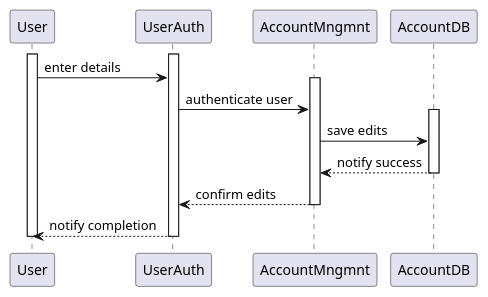
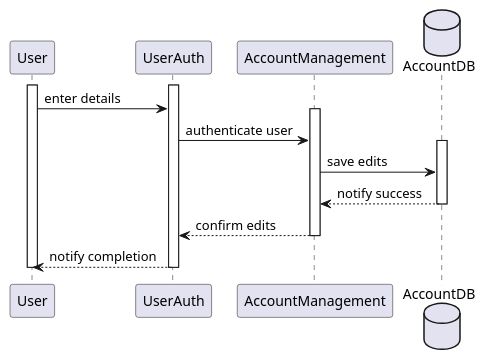
Before and after one commit to harmanpreet-sagar/sfwreng-3a04-group6-t01-scemas: the diagram in docs/diagrams/plantuml/sequence/BE5_3A04_D3_Seq.puml, drawn with PlantUML. The commit also changed 12 other files, not shown here.

Commit message:
made code style changes to sequence diagrams and uploading compiled sequence diagrams

```diff
--- a/docs/diagrams/plantuml/sequence/BE5_3A04_D3_Seq.puml
+++ b/docs/diagrams/plantuml/sequence/BE5_3A04_D3_Seq.puml
@@ -1,16 +1,22 @@
-@startuml
+@startuml BE5_3A04_D3_Seq
+
+participant "User" as User
+participant "UserAuth" as UserAuth
+participant "AccountManagement" as AccountManagement
+database "AccountDB" as AccountDB
+
 activate User
 activate UserAuth
 User   ->  UserAuth : enter details
-activate AccountMngmnt
-UserAuth -> AccountMngmnt : authenticate user
+activate AccountManagement
+UserAuth -> AccountManagement : authenticate user
 activate AccountDB
-AccountMngmnt -> AccountDB : save edits
-AccountDB --> AccountMngmnt : notify success
+AccountManagement -> AccountDB : save edits
+AccountDB --> AccountManagement : notify success
 deactivate AccountDB
-AccountMngmnt --> UserAuth : confirm edits
-deactivate AccountMngmnt
+AccountManagement --> UserAuth : confirm edits
+deactivate AccountManagement
 UserAuth --> User : notify completion
 deactivate UserAuth
 deactivate User
 @enduml
```
